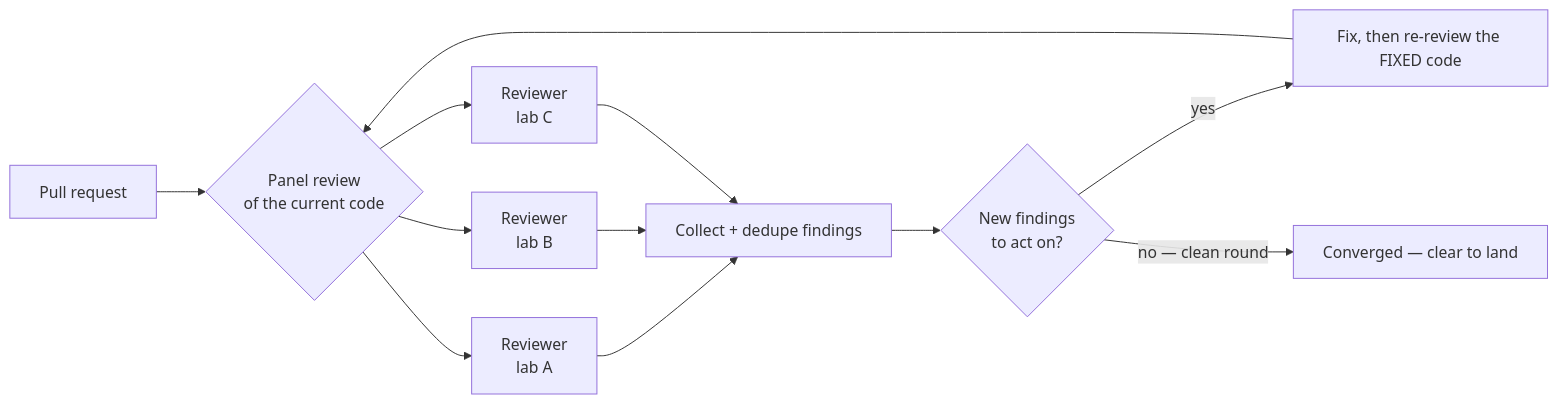
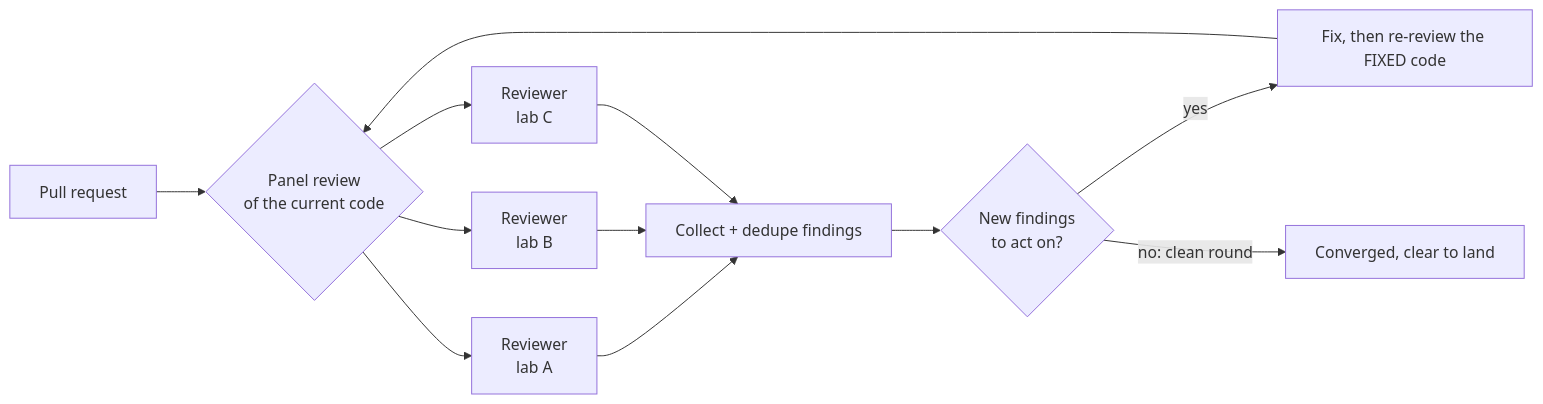
Before and after one commit to buddhikernel/buddhi-review: the diagram in README.md, drawn with Mermaid. The commit also changed other lines of this file and 3 other files, not shown here.

First line of the commit message:
docs: recompute evidence on strictly qualifying runs; descriptive chart titles; plain prose

````diff
--- a/README.md
+++ b/README.md
@@ -298,12 +294,12 @@
 ```mermaid
 flowchart LR
   PR[Pull request] --> R{Panel review<br/>of the current code}
   R --> C1[Reviewer<br/>lab A]
   R --> C2[Reviewer<br/>lab B]
   R --> C3[Reviewer<br/>lab C]
   C1 & C2 & C3 --> F[Collect + dedupe findings]
   F --> Q{New findings<br/>to act on?}
   Q -- "yes" --> FIX[Fix, then re-review the FIXED code]
   FIX --> R
-  Q -- "no — clean round" --> DONE[Converged — clear to land]
+  Q -- "no: clean round" --> DONE[Converged, clear to land]
 ```
````
